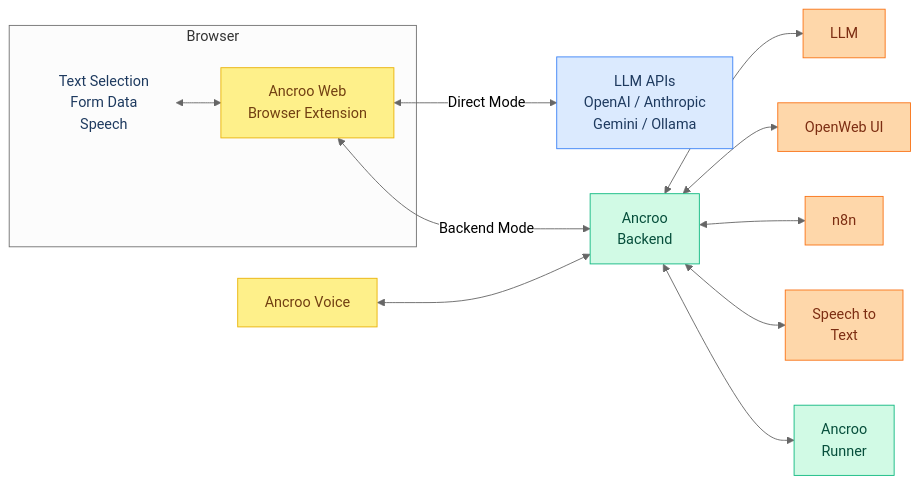
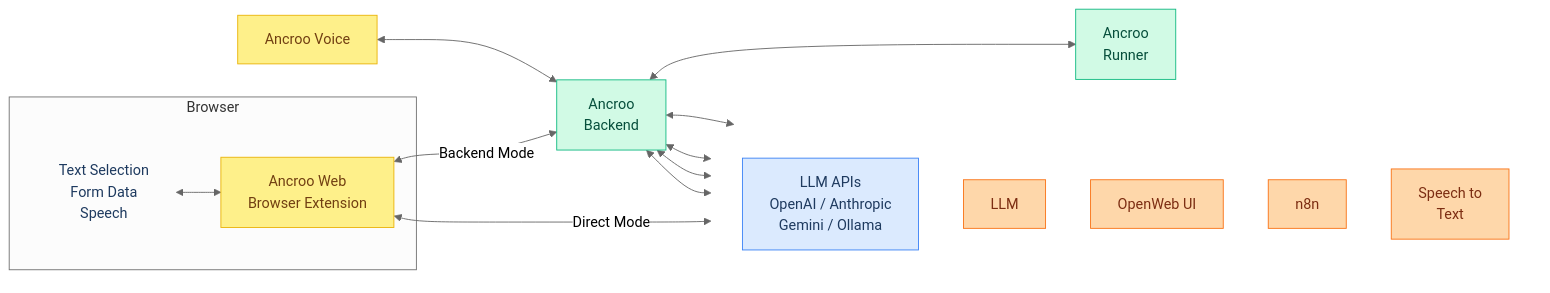
Before and after one commit to ancroo/ancroo: the diagram in README.md, drawn with Mermaid. The commit also changed 7 other files, not shown here.

````diff
--- a/README.md
+++ b/README.md
@@ -24,38 +24,43 @@
 ```mermaid
 %%{init: {'theme': 'neutral'}}%%
 graph LR
     subgraph Browser["Browser"]
         input["Text Selection<br/>Form Data<br/>Speech"]
         extension["Ancroo Web<br/>Browser Extension"]
     end
 
-    llmapi["LLM APIs<br/>OpenAI / Anthropic<br/>Gemini / Ollama"]
     voice["Ancroo Voice"]
     backend["Ancroo<br/>Backend"]
     runner["Ancroo<br/>Runner"]
-    owui["OpenWeb UI"]
-    llm["LLM"]
-    n8n["n8n"]
-    stt["Speech to<br/>Text"]
+
+    subgraph Services[" "]
+        direction TB
+        llmapi["LLM APIs<br/>OpenAI / Anthropic<br/>Gemini / Ollama"]
+        llm["LLM"]
+        owui["OpenWeb UI"]
+        n8n["n8n"]
+        stt["Speech to<br/>Text"]
+    end
 
     input <--> extension
     extension <-- "Direct Mode" --> llmapi
     extension <-- "Backend Mode" --> backend
     voice <--> backend
     backend <--> llm
     backend <--> owui
     backend <--> n8n
     backend <--> stt
     backend <--> runner
 
+    style Services fill:transparent,stroke:transparent
     style input fill:transparent,stroke:transparent,color:#1e3a5f
     style extension fill:#fef08a,stroke:#eab308,color:#713f12
     style llmapi fill:#dbeafe,stroke:#3b82f6,color:#1e3a5f
     style voice fill:#fef08a,stroke:#eab308,color:#713f12
     style backend fill:#d1fae5,stroke:#10b981,color:#064e3b
     style runner fill:#d1fae5,stroke:#10b981,color:#064e3b
     style llm fill:#fed7aa,stroke:#f97316,color:#7c2d12
     style owui fill:#fed7aa,stroke:#f97316,color:#7c2d12
     style n8n fill:#fed7aa,stroke:#f97316,color:#7c2d12
     style stt fill:#fed7aa,stroke:#f97316,color:#7c2d12
 ```
````
